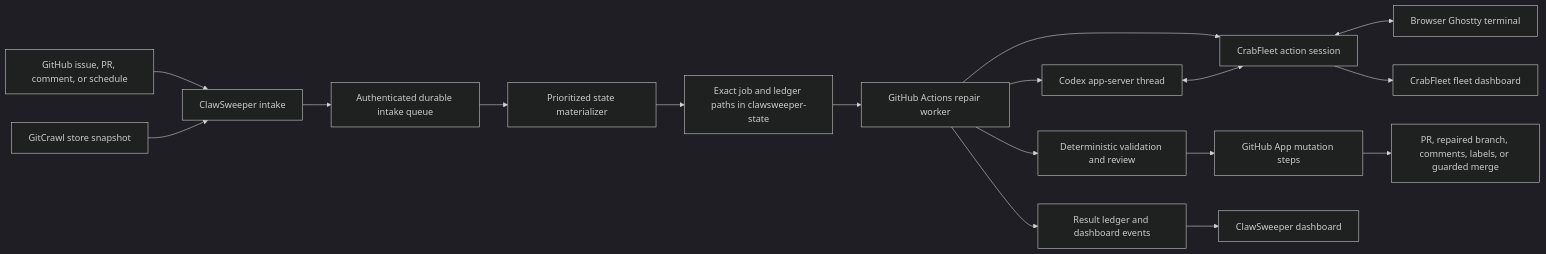
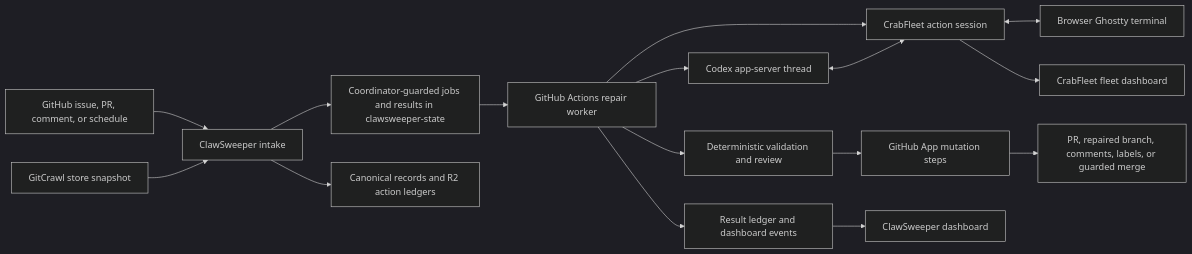
One commit to Hansen1018/clawsweeper changed the diagram in docs/steerable-repair-automation.md. Above: the diagram before and after it, drawn with Mermaid (dark theme). The commit also changed other lines of this file and 92 other files, not shown here.

````diff
--- a/docs/steerable-repair-automation.md
+++ b/docs/steerable-repair-automation.md
@@ -37,19 +37,18 @@
 ```mermaid
 flowchart LR
   A[GitHub issue, PR, comment, or schedule] --> B[ClawSweeper intake]
   G[GitCrawl store snapshot] --> B
-  B --> Q[Authenticated durable intake queue]
-  Q --> S[Prioritized state materializer]
-  S --> C[Exact job and ledger paths in clawsweeper-state]
+  B --> C[Coordinator-guarded jobs and results in clawsweeper-state]
+  B --> R[Canonical records and R2 action ledgers]
   C --> D[GitHub Actions repair worker]
   D --> E[Codex app-server thread]
   D --> F[CrabFleet action session]
   E <--> F
   F <--> H[Browser Ghostty terminal]
   D --> I[Deterministic validation and review]
   I --> J[GitHub App mutation steps]
   J --> K[PR, repaired branch, comments, labels, or guarded merge]
   D --> L[Result ledger and dashboard events]
   L --> M[ClawSweeper dashboard]
   F --> N[CrabFleet fleet dashboard]
 ```
````
